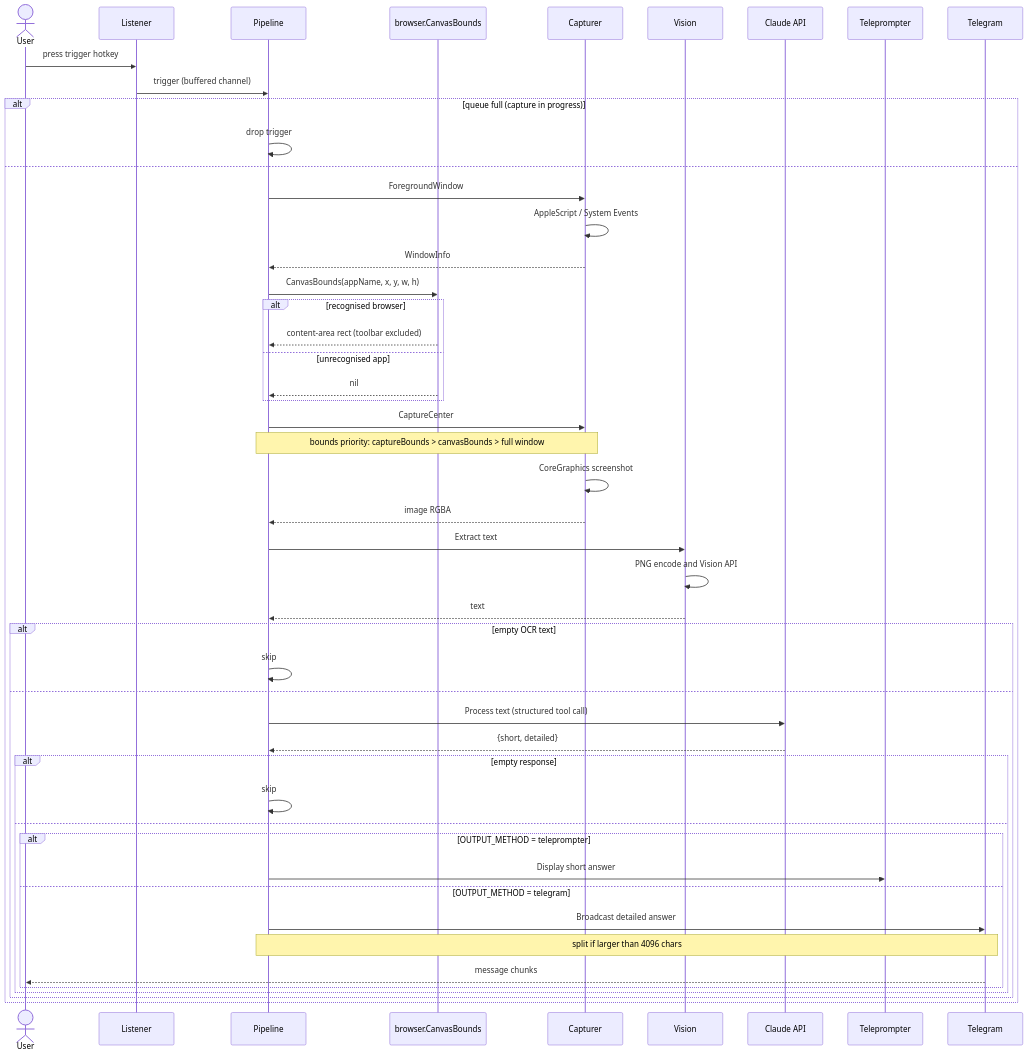
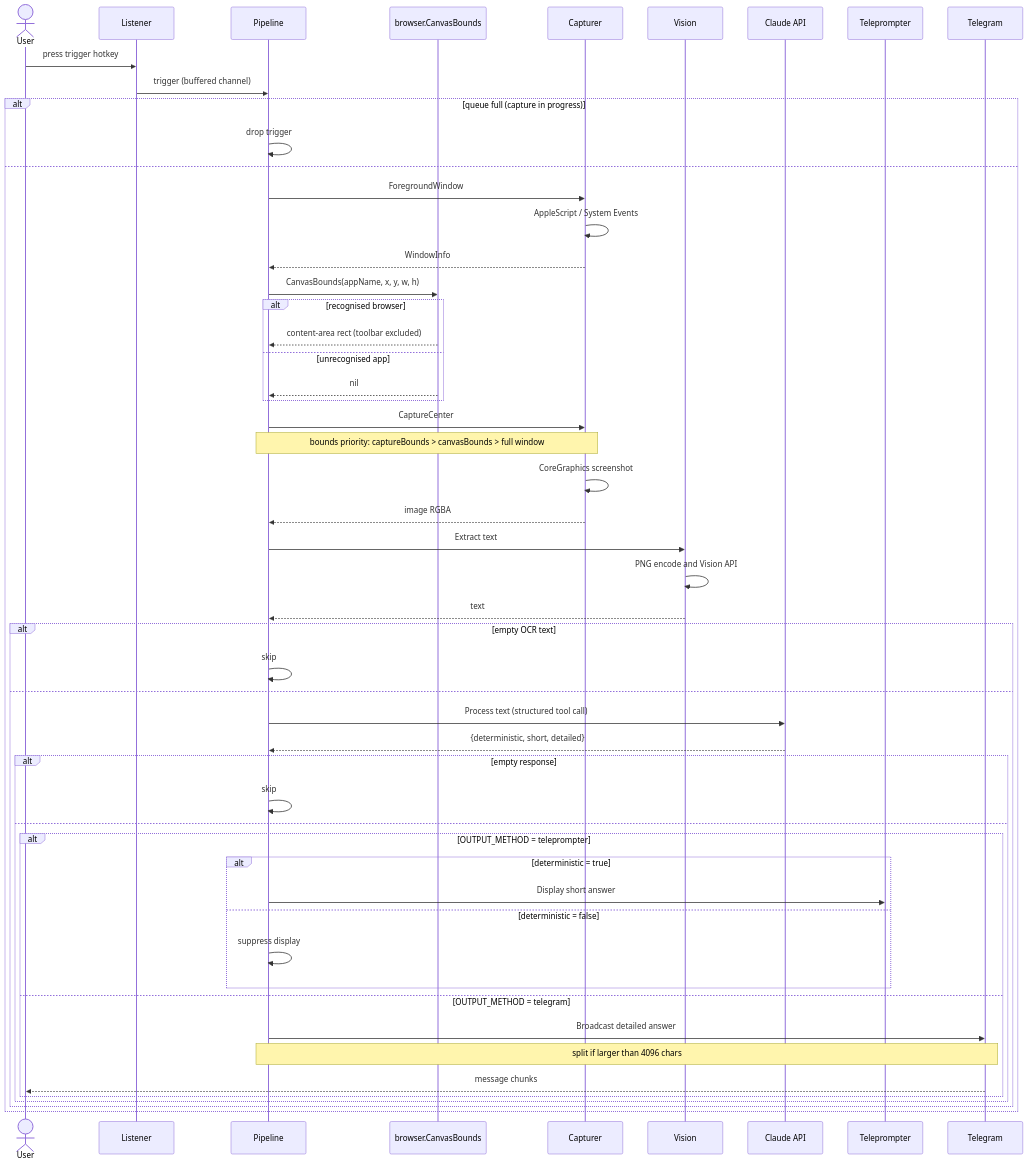
The second of 3 diagrams in docs/ARCHITECTURE.md (vdyalex/lens-daemon), drawn with Mermaid before and after one commit. The commit also changed other lines of this file and 12 other files, not shown here.

First line of the commit message:
feat(ai): add deterministic flag to gate teleprompter display and log trigger latency

````diff
--- a/docs/ARCHITECTURE.md
+++ b/docs/ARCHITECTURE.md
@@ -154,58 +154,62 @@
 ```mermaid
 sequenceDiagram
     actor User
     participant Listener
     participant Pipeline
     participant Browser as browser.CanvasBounds
     participant Capturer
     participant Vision
     participant Claude as Claude API
     participant Teleprompter
     participant Telegram
 
     User->>Listener: press trigger hotkey
     Listener->>Pipeline: trigger (buffered channel)
 
     alt queue full (capture in progress)
         Pipeline->>Pipeline: drop trigger
     else
         Pipeline->>Capturer: ForegroundWindow
         Capturer->>Capturer: AppleScript / System Events
         Capturer-->>Pipeline: WindowInfo
 
         Pipeline->>Browser: CanvasBounds(appName, x, y, w, h)
         alt recognised browser
             Browser-->>Pipeline: content-area rect (toolbar excluded)
         else unrecognised app
             Browser-->>Pipeline: nil
         end
 
         Pipeline->>Capturer: CaptureCenter
         Note over Pipeline,Capturer: bounds priority: captureBounds > canvasBounds > full window
         Capturer->>Capturer: CoreGraphics screenshot
         Capturer-->>Pipeline: image RGBA
 
         Pipeline->>Vision: Extract text
         Vision->>Vision: PNG encode and Vision API
         Vision-->>Pipeline: text
 
         alt empty OCR text
             Pipeline->>Pipeline: skip
         else
             Pipeline->>Claude: Process text (structured tool call)
-            Claude-->>Pipeline: {short, detailed}
+            Claude-->>Pipeline: {deterministic, short, detailed}
 
             alt empty response
                 Pipeline->>Pipeline: skip
             else
                 alt OUTPUT_METHOD = teleprompter
-                Pipeline->>Teleprompter: Display short answer
+                    alt deterministic = true
+                        Pipeline->>Teleprompter: Display short answer
+                    else deterministic = false
+                        Pipeline->>Pipeline: suppress display
+                    end
             else OUTPUT_METHOD = telegram
                 Pipeline->>Telegram: Broadcast detailed answer
                 Note over Pipeline,Telegram: split if larger than 4096 chars
                 Telegram-->>User: message chunks
             end
             end
         end
     end
 ```
````
